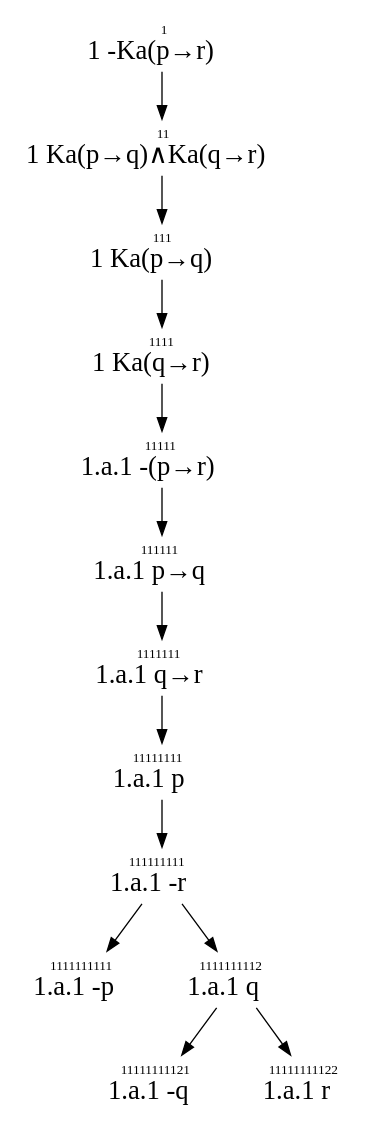
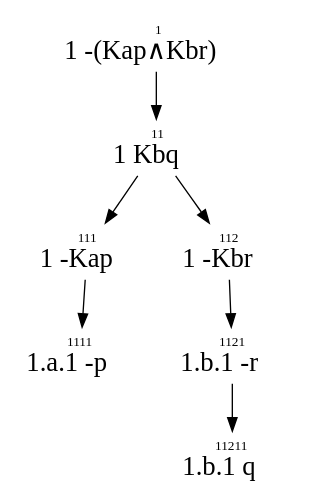
One commit to cagve/epistemic-tree changed the diagram in lib/dots/graph_test.dot. Above: the diagram before and after it, drawn with Graphviz. The commit also changed 11 other files, not shown here.

```diff
--- a/lib/dots/graph_test.dot
+++ b/lib/dots/graph_test.dot
@@ -1,28 +1,16 @@
 digraph G {
 node[shape = none]
-1[label=< <FONT POINT-SIZE="10">1<BR/></FONT><FONT POINT-SIZE="20">1 -Ka(p→r)</FONT> >];
-11[label=< <FONT POINT-SIZE="10">11<BR/></FONT><FONT POINT-SIZE="20">1 Ka(p→q)∧Ka(q→r)</FONT> >];
-111[label=< <FONT POINT-SIZE="10">111<BR/></FONT><FONT POINT-SIZE="20">1 Ka(p→q)</FONT> >];
-1111[label=< <FONT POINT-SIZE="10">1111<BR/></FONT><FONT POINT-SIZE="20">1 Ka(q→r)</FONT> >];
-11111[label=< <FONT POINT-SIZE="10">11111<BR/></FONT><FONT POINT-SIZE="20">1.a.1 -(p→r)</FONT> >];
-111111[label=< <FONT POINT-SIZE="10">111111<BR/></FONT><FONT POINT-SIZE="20">1.a.1 p→q</FONT> >];
-1111111[label=< <FONT POINT-SIZE="10">1111111<BR/></FONT><FONT POINT-SIZE="20">1.a.1 q→r</FONT> >];
-11111111[label=< <FONT POINT-SIZE="10">11111111<BR/></FONT><FONT POINT-SIZE="20">1.a.1 p</FONT> >];
-111111111[label=< <FONT POINT-SIZE="10">111111111<BR/></FONT><FONT POINT-SIZE="20">1.a.1 -r</FONT> >];
-1111111111[label=< <FONT POINT-SIZE="10">1111111111<BR/></FONT><FONT POINT-SIZE="20">1.a.1 -p</FONT> >];
-1111111112[label=< <FONT POINT-SIZE="10">1111111112<BR/></FONT><FONT POINT-SIZE="20">1.a.1 q</FONT> >];
-11111111121[label=< <FONT POINT-SIZE="10">11111111121<BR/></FONT><FONT POINT-SIZE="20">1.a.1 -q</FONT> >];
-11111111122[label=< <FONT POINT-SIZE="10">11111111122<BR/></FONT><FONT POINT-SIZE="20">1.a.1 r</FONT> >];
+1[label=< <FONT POINT-SIZE="10">1<BR/></FONT><FONT POINT-SIZE="20">1 -(Kap∧Kbr)</FONT> >];
+11[label=< <FONT POINT-SIZE="10">11<BR/></FONT><FONT POINT-SIZE="20">1 Kbq</FONT> >];
+111[label=< <FONT POINT-SIZE="10">111<BR/></FONT><FONT POINT-SIZE="20">1 -Kap</FONT> >];
+1111[label=< <FONT POINT-SIZE="10">1111<BR/></FONT><FONT POINT-SIZE="20">1.a.1 -p</FONT> >];
+112[label=< <FONT POINT-SIZE="10">112<BR/></FONT><FONT POINT-SIZE="20">1 -Kbr</FONT> >];
+1121[label=< <FONT POINT-SIZE="10">1121<BR/></FONT><FONT POINT-SIZE="20">1.b.1 -r</FONT> >];
+11211[label=< <FONT POINT-SIZE="10">11211<BR/></FONT><FONT POINT-SIZE="20">1.b.1 q</FONT> >];
 1 -> 11;
 11 -> 111;
+11 -> 112;
 111 -> 1111;
-1111 -> 11111;
-11111 -> 111111;
-111111 -> 1111111;
-1111111 -> 11111111;
-11111111 -> 111111111;
-111111111 -> 1111111111;
-111111111 -> 1111111112;
-1111111112 -> 11111111121;
-1111111112 -> 11111111122;
+112 -> 1121;
+1121 -> 11211;
 }
```
